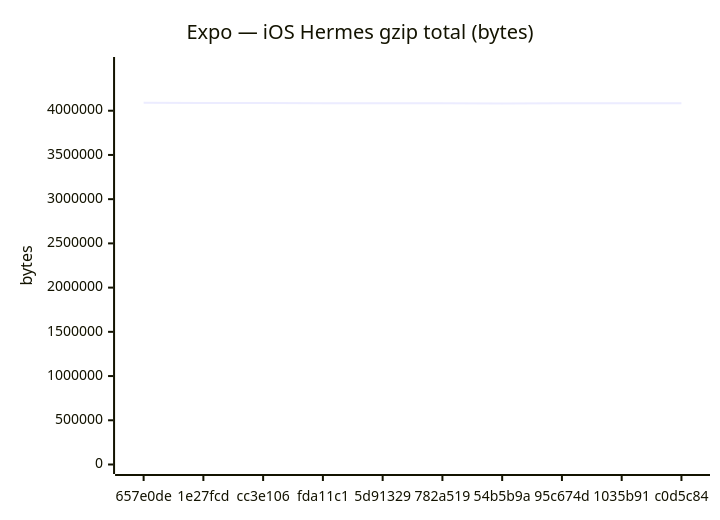
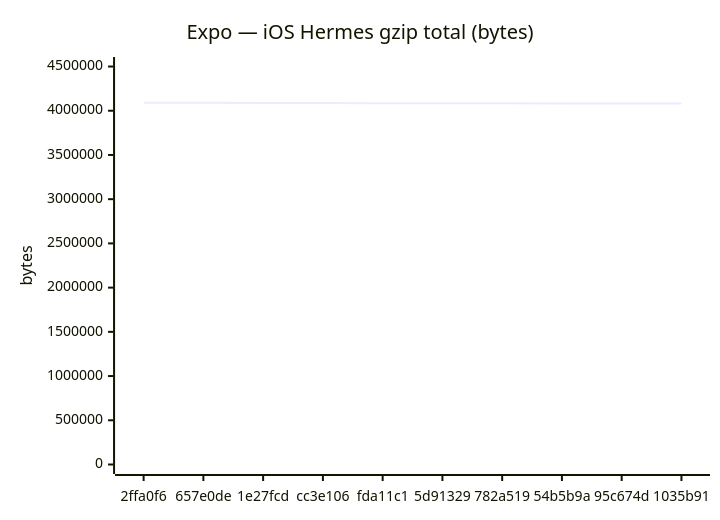
Before and after one commit to Metaheurist/Rianell: the sixth of 18 diagrams in benchmarks/compare.md, drawn with Mermaid. The commit also changed other lines of this file and 11 other files, not shown here.

````diff
--- a/benchmarks/compare.md
+++ b/benchmarks/compare.md
@@ -96,7 +96,7 @@
 ```mermaid
 xychart-beta
     title "Expo — iOS Hermes gzip total (bytes)"
-    x-axis ["657e0de", "1e27fcd", "cc3e106", "fda11c1", "5d91329", "782a519", "54b5b9a", "95c674d", "1035b91", "c0d5c84"]
-    y-axis "bytes" 0 --> 4499973
-    line [4090884, 4087417, 4087412, 4084812, 4084805, 4084677, 4082348, 4083105, 4083108, 4083106]
+    x-axis ["2ffa0f6", "657e0de", "1e27fcd", "cc3e106", "fda11c1", "5d91329", "782a519", "54b5b9a", "95c674d", "1035b91"]
+    y-axis "bytes" 0 --> 4500157
+    line [4091051, 4090884, 4087417, 4087412, 4084812, 4084805, 4084677, 4082348, 4083105, 4083108]
 ```
````
